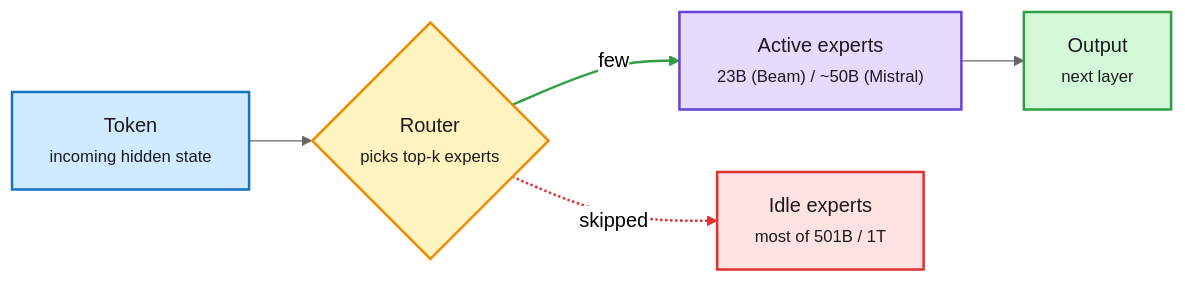
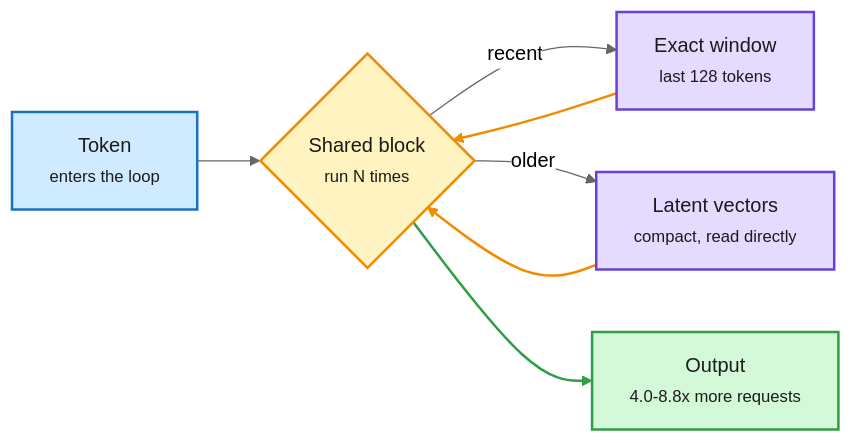
Before and after one commit to bayesiansapien/cere-bro: the diagram in wiki/media-zone/2026-10/2026-10-07.md, drawn with Mermaid (neutral theme). The commit also changed other lines of this file, not shown here.

````diff
--- a/wiki/media-zone/2026-10/2026-10-07.md
+++ b/wiki/media-zone/2026-10/2026-10-07.md
@@ -27,19 +66,20 @@
 ```mermaid
 flowchart LR
-  T["Token<br/><small>incoming hidden state</small>"] --> R{"Router<br/><small>picks top-k experts</small>"}
-  R -->|few| A["Active experts<br/><small>23B (Beam) / ~50B (Mistral)</small>"]
-  R -.->|skipped| I["Idle experts<br/><small>most of 501B / 1T</small>"]
-  A --> O["Output<br/><small>next layer</small>"]
+  X["Token<br/><small>enters the loop</small>"] --> L{"Shared block<br/><small>run N times</small>"}
+  L -->|recent| W["Exact window<br/><small>last 128 tokens</small>"]
+  L -->|older| Z["Latent vectors<br/><small>compact, read directly</small>"]
+  W --> L
+  Z --> L
+  L --> O["Output<br/><small>4.0-8.8x more requests</small>"]
   classDef input fill:#d0ebff,stroke:#1971c2,color:#1b1b1b,stroke-width:2px
   classDef core fill:#e5dbff,stroke:#6741d9,color:#1b1b1b,stroke-width:2px
   classDef loop fill:#fff3bf,stroke:#f08c00,color:#1b1b1b,stroke-width:2px
   classDef exit fill:#d3f9d8,stroke:#2f9e44,color:#1b1b1b,stroke-width:2px
-  classDef err fill:#ffe3e3,stroke:#e03131,color:#1b1b1b,stroke-width:2px
-  class T input
-  class R loop
-  class A core
-  class I err
+  class X input
+  class L loop
+  class W,Z core
   class O exit
-  linkStyle 1 stroke:#2f9e44,stroke-width:2px
-  linkStyle 2 stroke:#e03131,stroke-width:2px
+  linkStyle 3 stroke:#f08c00,stroke-width:2px
+  linkStyle 4 stroke:#f08c00,stroke-width:2px
+  linkStyle 5 stroke:#2f9e44,stroke-width:2px
 ```
````
